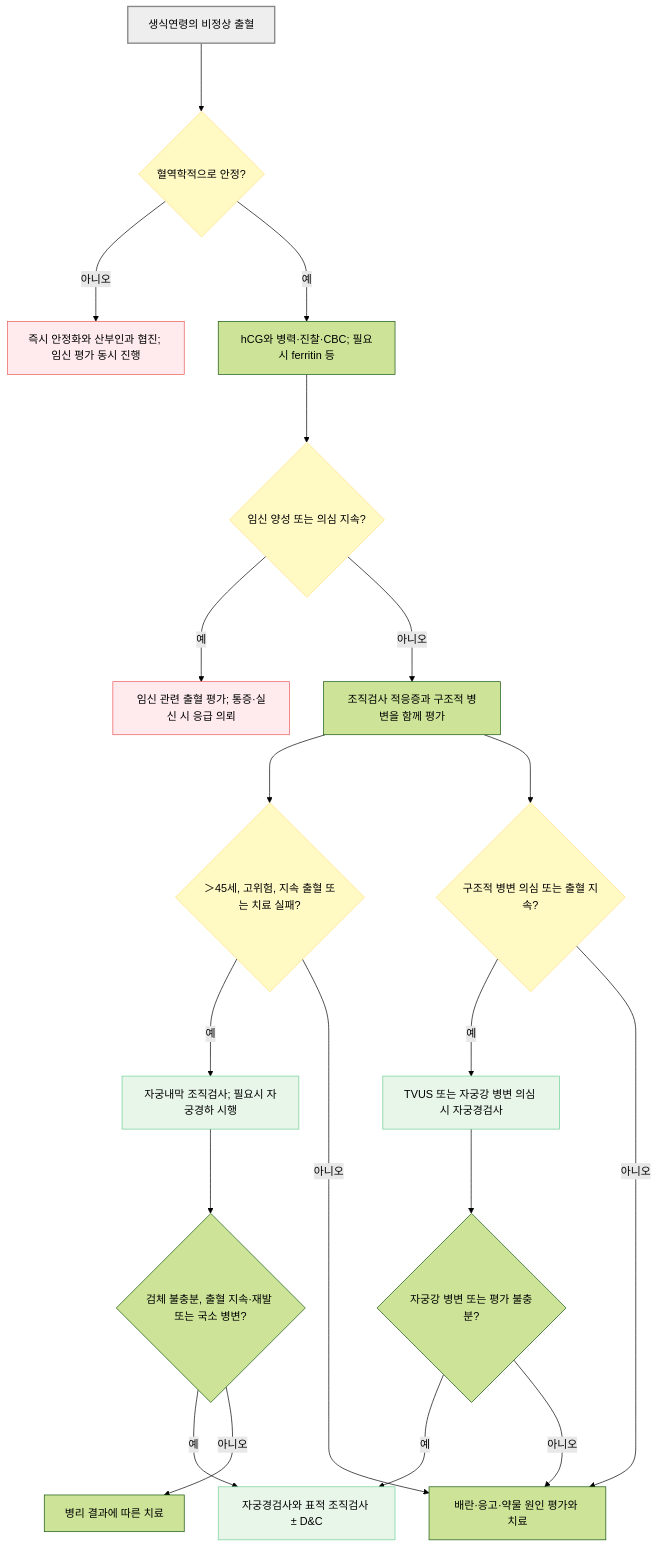
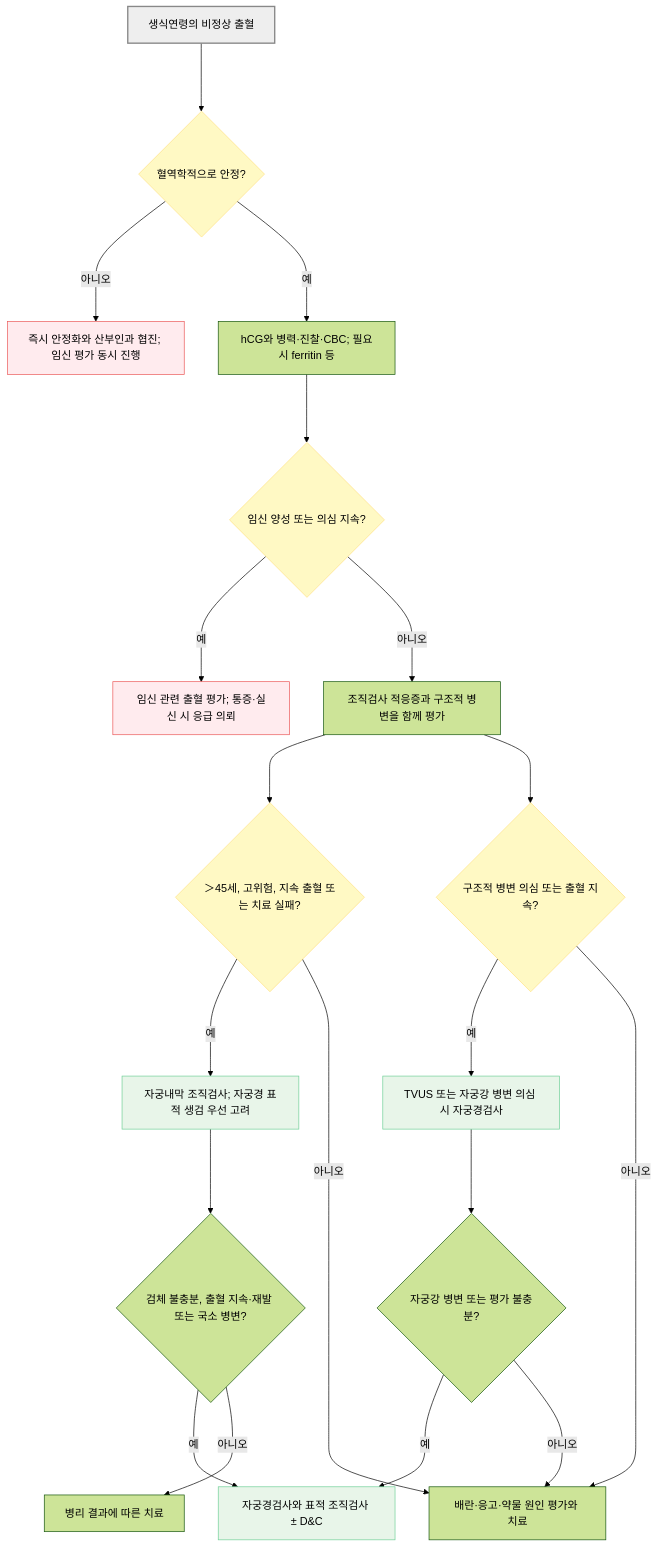
One commit to familyoh77/familyoh77 changed the first of 2 diagrams in 227_/129_-abnormal-uterine-bleeding.md. Above: the diagram before and after it, drawn with Mermaid (forest theme). The commit also changed other lines of this file and 5 other files, not shown here.

````diff
--- a/227_/129_-abnormal-uterine-bleeding.md
+++ b/227_/129_-abnormal-uterine-bleeding.md
@@ -162,32 +172,32 @@
 ```mermaid
 flowchart TD
     A["생식연령의 비정상 출혈"] ---> B{"혈역학적으로 안정?"}
     B -- "아니오" ---> C["즉시 안정화와 산부인과 협진; 임신 평가 동시 진행"]
     B -- "예" ---> D["hCG와 병력·진찰·CBC; 필요시 ferritin 등"]
     D ---> E{"임신 양성 또는 의심 지속?"}
     E -- "예" ---> F["임신 관련 출혈 평가; 통증·실신 시 응급 의뢰"]
     E -- "아니오" ---> G["조직검사 적응증과 구조적 병변을 함께 평가"]
     G ---> H{"＞45세, 고위험, 지속 출혈 또는 치료 실패?"}
-    H -- "예" ---> I["자궁내막 조직검사; 필요시 자궁경하 시행"]
+    H -- "예" ---> I["자궁내막 조직검사; 자궁경 표적 생검 우선 고려"]
     H -- "아니오" ---> J["배란·응고·약물 원인 평가와 치료"]
     G ---> K{"구조적 병변 의심 또는 출혈 지속?"}
     K -- "예" ---> L["TVUS 또는 자궁강 병변 의심 시 자궁경검사"]
     K -- "아니오" ---> J
     I ---> M{"검체 불충분, 출혈 지속·재발 또는 국소 병변?"}
     M -- "예" ---> N["자궁경검사와 표적 조직검사 ± D&C"]
     L ---> O{"자궁강 병변 또는 평가 불충분?"}
     O -- "예" ---> N
     O -- "아니오" ---> J
     M -- "아니오" ---> P["병리 결과에 따른 치료"]
 
     style A fill:#eeeeee,stroke:#888888,stroke-width:2px
     style B fill:#fff9c4,stroke:#ffe082
     style E fill:#fff9c4,stroke:#ffe082
     style H fill:#fff9c4,stroke:#ffe082
     style K fill:#fff9c4,stroke:#ffe082
     style C fill:#FFEBEE,stroke:#EB5757
     style F fill:#FFEBEE,stroke:#EB5757
     style I fill:#E8F5E9,stroke:#6FCF97
     style L fill:#E8F5E9,stroke:#6FCF97
     style N fill:#E8F5E9,stroke:#6FCF97
 ```
````
